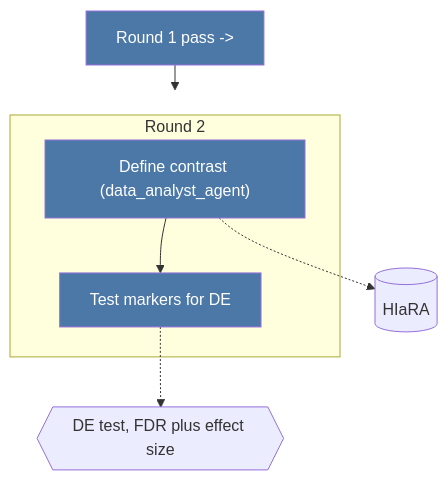
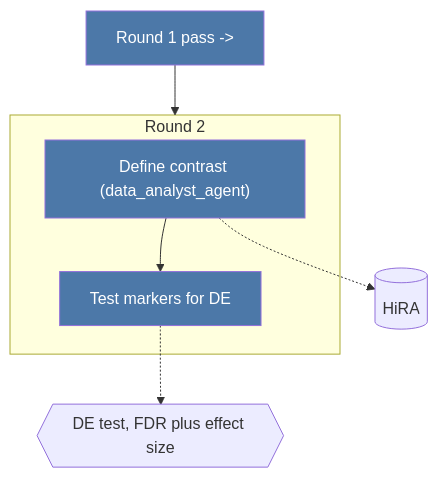
One commit to janursa/agentic_immunology changed the second of 2 diagrams in knowhow/marmaid_formatting.md. Above: the diagram before and after it, drawn with Mermaid. The commit also changed 281 other files, not shown here.

````diff
--- a/knowhow/marmaid_formatting.md
+++ b/knowhow/marmaid_formatting.md
@@ -29,17 +29,17 @@
 ```mermaid
 graph TD
   classDef step fill:#4C78A8,color:#fff
   classDef decision fill:#F2B701,color:#000
 
   PREV2["Round 1 pass ->"]:::step
   subgraph Round2["Round 2"]
     S2a["Define contrast (data_analyst_agent)"]:::step
     S2b["Test markers for DE"]:::step
     S2a --> S2b
   end
   PREV2 --> Round2
-  DS2[("HIaRA")]:::dataset
+  DS2[("HiRA")]:::dataset
   M1{{"DE test, FDR plus effect size"}}:::method
   S2a -.-> DS2
   S2b -.-> M1
 ```
````
